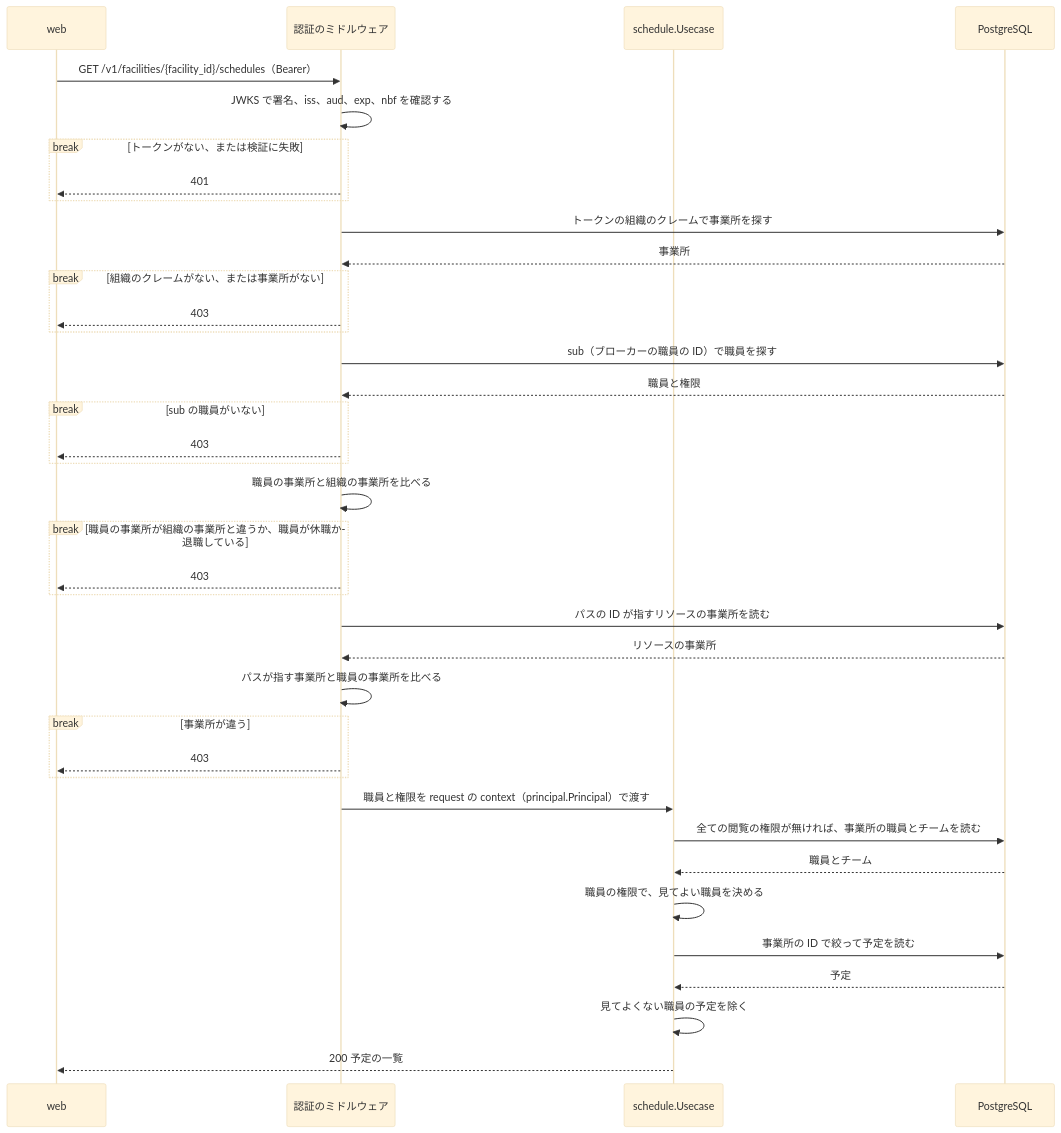
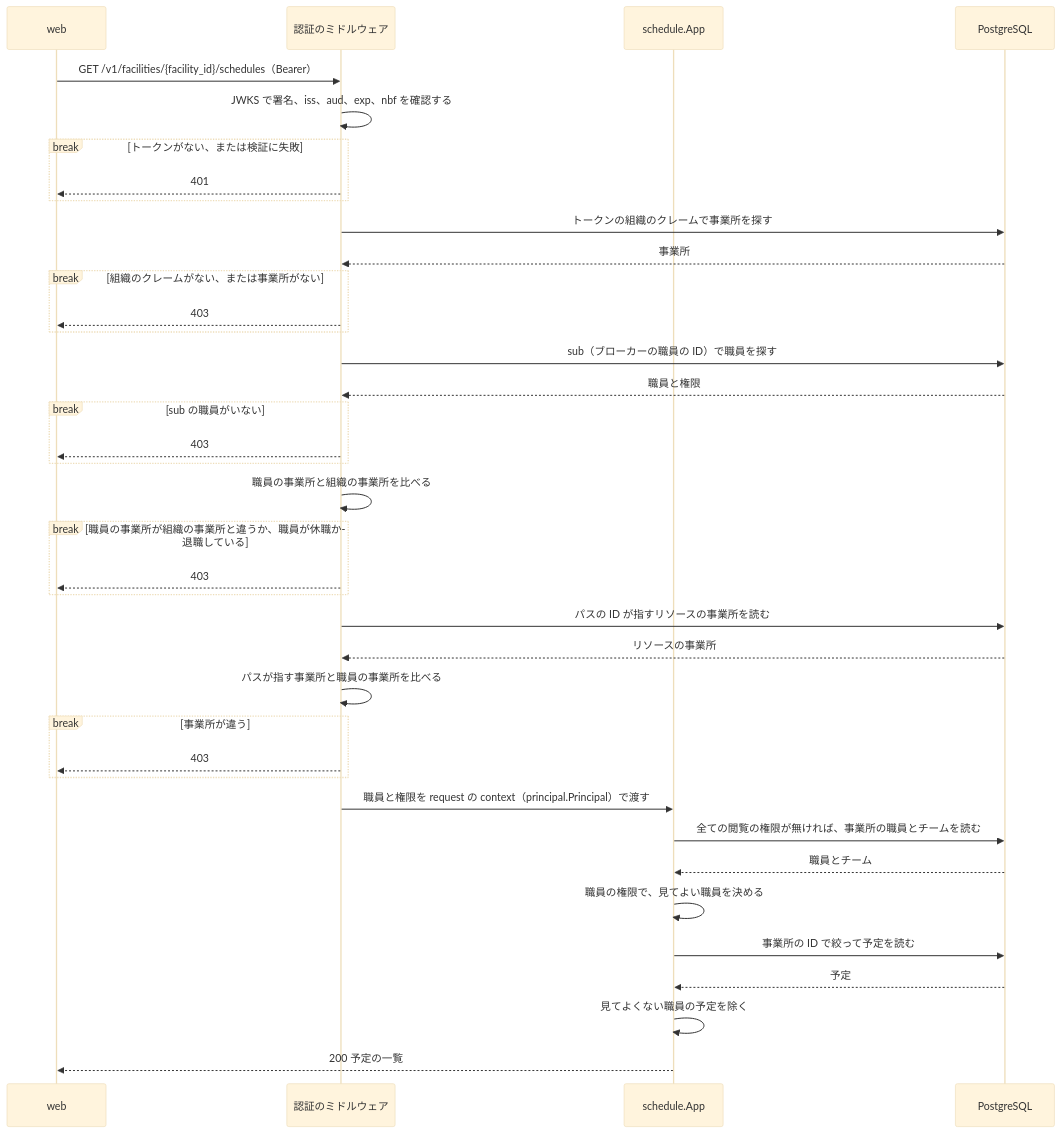
One commit to Fukuemon/buddy changed the second of 2 diagrams in services/schedule/DesignDoc.md. Above: the diagram before and after it, drawn with Mermaid (base theme). The commit also changed other lines of this file and 4 other files, not shown here.

Commit message:
docs(schedule): Design Doc と README の Usecase を App にする #598

````diff
--- a/services/schedule/DesignDoc.md
+++ b/services/schedule/DesignDoc.md
@@ -234,41 +234,41 @@
 ```mermaid
 sequenceDiagram
   participant W as web
   participant M as 認証のミドルウェア
-  participant U as schedule.Usecase
+  participant U as schedule.App
   participant DB as PostgreSQL
 
   W->>M: GET /v1/facilities/{facility_id}/schedules（Bearer）
   M->>M: JWKS で署名、iss、aud、exp、nbf を確認する
   break トークンがない、または検証に失敗
     M-->>W: 401
   end
   M->>DB: トークンの組織のクレームで事業所を探す
   DB-->>M: 事業所
   break 組織のクレームがない、または事業所がない
     M-->>W: 403
   end
   M->>DB: sub（ブローカーの職員の ID）で職員を探す
   DB-->>M: 職員と権限
   break sub の職員がいない
     M-->>W: 403
   end
   M->>M: 職員の事業所と組織の事業所を比べる
   break 職員の事業所が組織の事業所と違うか、職員が休職か退職している
     M-->>W: 403
   end
   M->>DB: パスの ID が指すリソースの事業所を読む
   DB-->>M: リソースの事業所
   M->>M: パスが指す事業所と職員の事業所を比べる
   break 事業所が違う
     M-->>W: 403
   end
   M->>U: 職員と権限を request の context（principal.Principal）で渡す
   U->>DB: 全ての閲覧の権限が無ければ、事業所の職員とチームを読む
   DB-->>U: 職員とチーム
   U->>U: 職員の権限で、見てよい職員を決める
   U->>DB: 事業所の ID で絞って予定を読む
   DB-->>U: 予定
   U->>U: 見てよくない職員の予定を除く
   U-->>W: 200 予定の一覧
 ```
````
